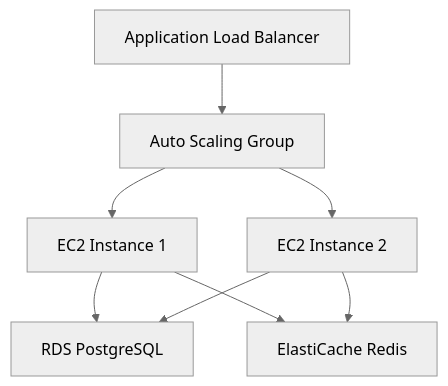
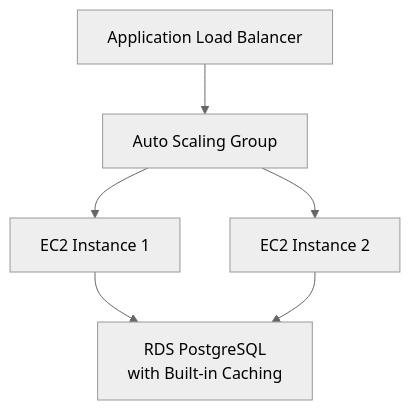
The first of 3 diagrams in src/main/resources/documentation/infrastructure_deployment/AWS_Deployment_Architecture_Guide_Updated.md (giventadeveloporg/event-site-manager-service), drawn with Mermaid (neutral theme) before and after one commit. The commit also changed other lines of this file and 30 other files, not shown here.

````diff
--- a/src/main/resources/documentation/infrastructure_deployment/AWS_Deployment_Architecture_Guide_Updated.md
+++ b/src/main/resources/documentation/infrastructure_deployment/AWS_Deployment_Architecture_Guide_Updated.md
@@ -30,17 +30,14 @@
 ```mermaid
 graph TB
     ALB[Application Load Balancer]
     ASG[Auto Scaling Group]
     EC2A[EC2 Instance 1]
     EC2B[EC2 Instance 2]
-    RDS[RDS PostgreSQL]
-    REDIS[ElastiCache Redis]
-    
+    RDS[RDS PostgreSQL<br/>with Built-in Caching]
+
     ALB --> ASG
     ASG --> EC2A
     ASG --> EC2B
     EC2A --> RDS
     EC2B --> RDS
-    EC2A --> REDIS
-    EC2B --> REDIS
 ```
````
